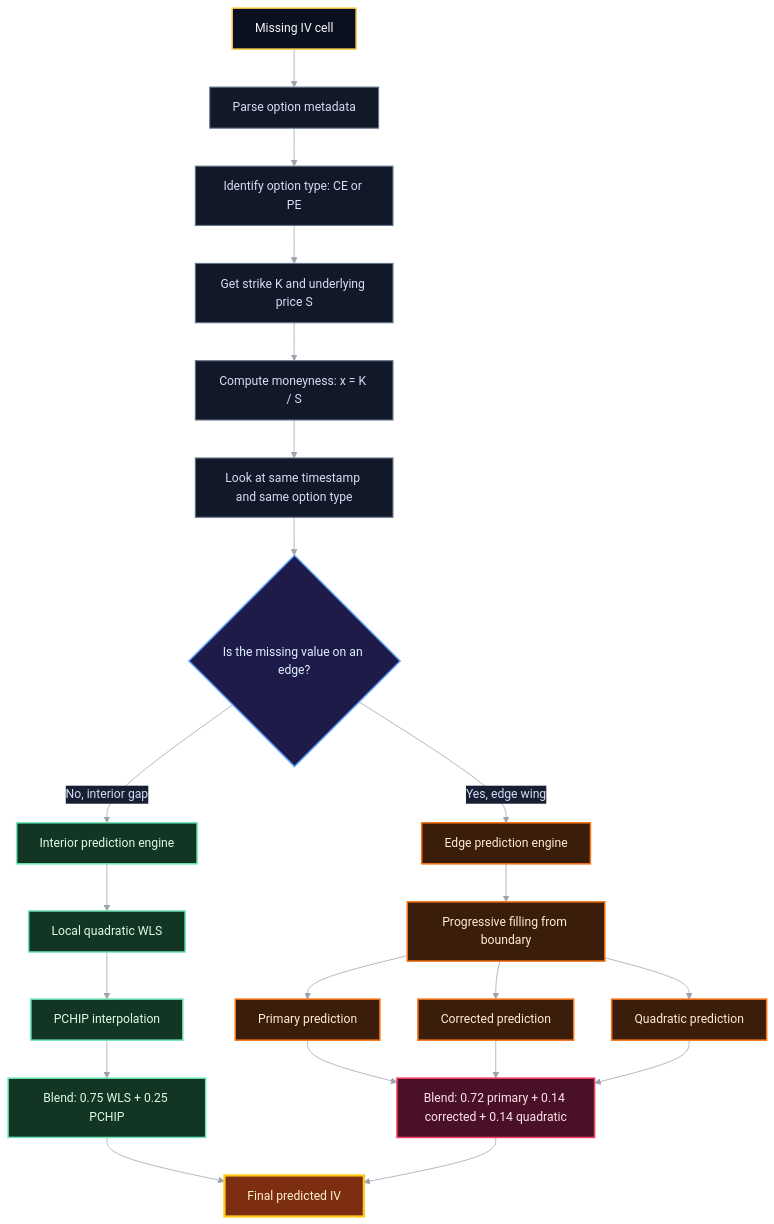
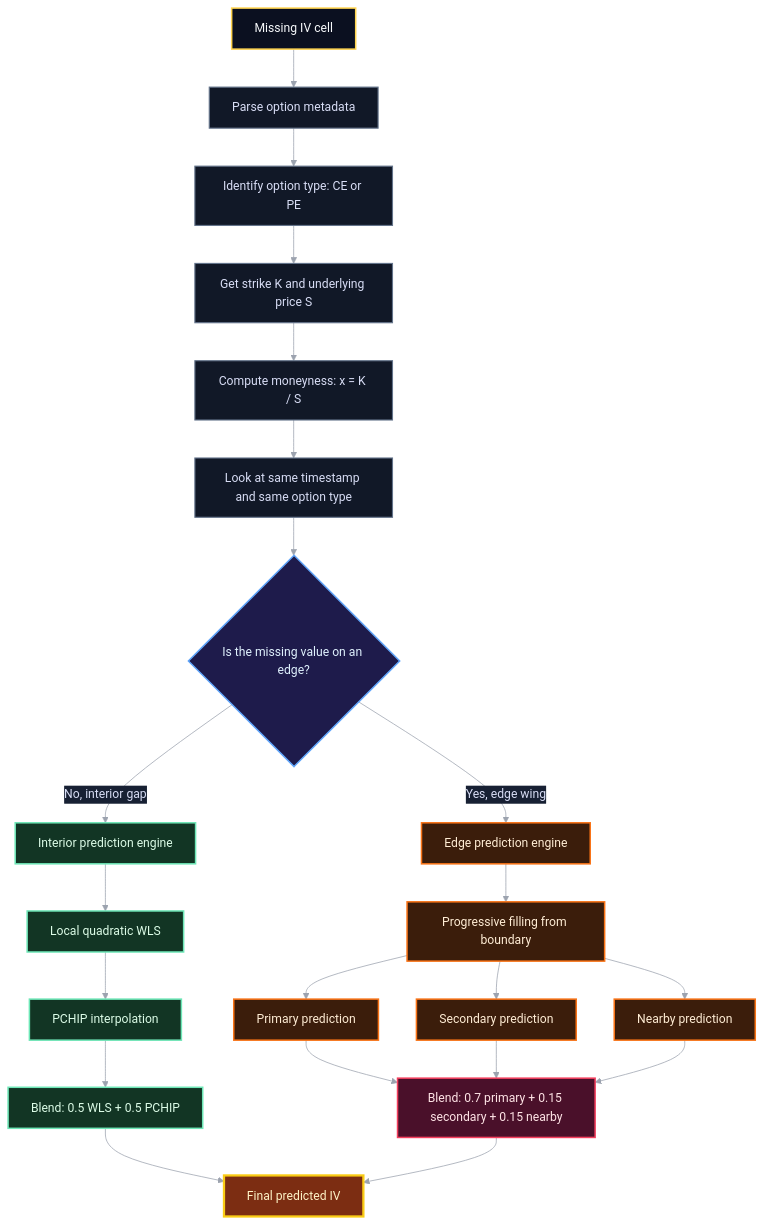
The diagram in README.md (SwaritThakkar/Implied-Volatility-Prediction), drawn with Mermaid before and after one commit. The commit also changed other lines of this file and 221 other files, not shown here.

````diff
--- a/README.md
+++ b/README.md
@@ -141,55 +147,55 @@
 ```mermaid
 %%{init: {
   "theme": "base",
   "themeVariables": {
     "background": "#070A12",
     "primaryColor": "#111827",
     "primaryTextColor": "#D8DDF5",
     "primaryBorderColor": "#64748B",
     "lineColor": "#9CA3AF",
     "secondaryColor": "#172033",
     "tertiaryColor": "#0F172A",
     "fontFamily": "Inter, Arial, sans-serif"
   }
 }}%%
 
 flowchart TD
     A[Missing IV cell] --> B[Parse option metadata]
     B --> C[Identify option type: CE or PE]
     C --> D[Get strike K and underlying price S]
     D --> E[Compute moneyness: x = K / S]
     E --> F[Look at same timestamp and same option type]
     F --> G{Is the missing value on an edge?}
 
     G -- No, interior gap --> H[Interior prediction engine]
     H --> I[Local quadratic WLS]
     I --> J[PCHIP interpolation]
-    J --> K[Blend: 0.75 WLS + 0.25 PCHIP]
+    J --> K[Blend: 0.5 WLS + 0.5 PCHIP]
     K --> L[Final predicted IV]
 
     G -- Yes, edge wing --> M[Edge prediction engine]
     M --> N[Progressive filling from boundary]
     N --> O[Primary prediction]
-    N --> P[Corrected prediction]
-    N --> Q[Quadratic prediction]
-    O --> R[Blend: 0.72 primary + 0.14 corrected + 0.14 quadratic]
+    N --> P[Secondary prediction]
+    N --> Q[Nearby prediction]
+    O --> R[Blend: 0.7 primary + 0.15 secondary + 0.15 nearby]
     P --> R
     Q --> R
     R --> L
 
     classDef start fill:#0B1020,stroke:#FFD34D,stroke-width:2px,color:#F8FAFC;
     classDef process fill:#111827,stroke:#64748B,stroke-width:1.5px,color:#D8DDF5;
     classDef decision fill:#1E1B4B,stroke:#60A5FA,stroke-width:2px,color:#E0F2FE;
     classDef interior fill:#123524,stroke:#6EE7B7,stroke-width:2px,color:#DCFCE7;
     classDef edge fill:#3B1D0B,stroke:#F97316,stroke-width:2px,color:#FFEDD5;
     classDef blend fill:#4A102A,stroke:#F43F5E,stroke-width:2px,color:#FFE4E6;
     classDef final fill:#7C2D12,stroke:#FACC15,stroke-width:3px,color:#FEF3C7;
 
     class A start;
     class B,C,D,E,F process;
     class G decision;
     class H,I,J,K interior;
     class M,N,O,P,Q edge;
     class R blend;
     class L final;
 ```
````
